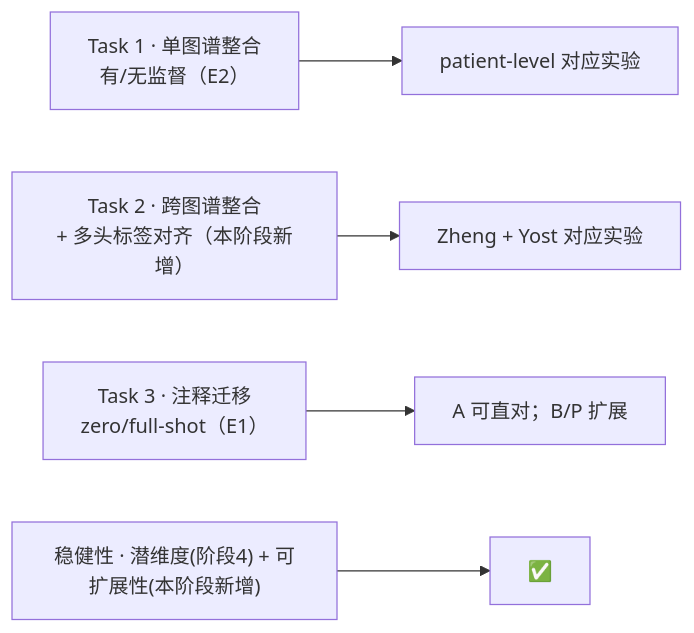
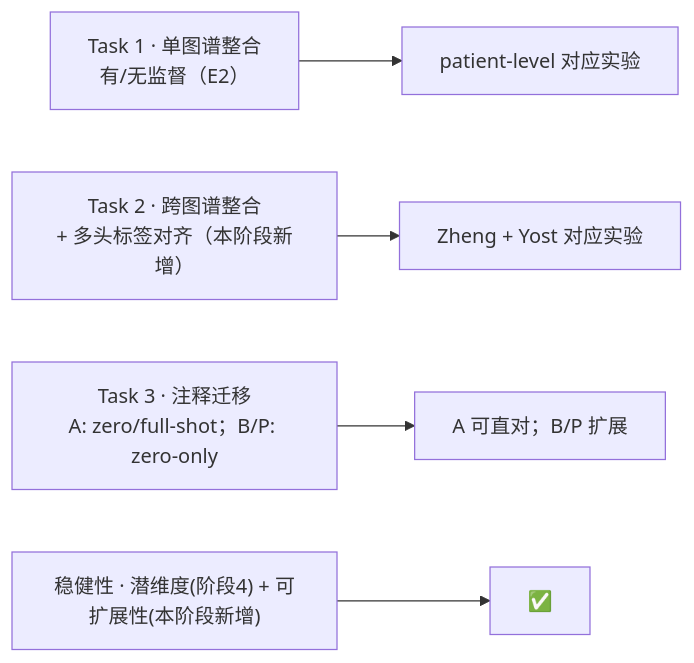
Before and after one commit to HEIMA-programmer/bio: the diagram in reports/phase5_deeper_validation.md, drawn with Mermaid. The commit also changed other lines of this file and 49 other files, not shown here.

````diff
--- a/reports/phase5_deeper_validation.md
+++ b/reports/phase5_deeper_validation.md
@@ -14,7 +14,7 @@
 ```mermaid
 flowchart LR
     T1["Task 1 · 单图谱整合<br/>有/无监督（E2）"] --> OK1["patient-level 对应实验"]
     T2["Task 2 · 跨图谱整合<br/>+ 多头标签对齐（本阶段新增）"] --> OK2["Zheng + Yost 对应实验"]
-    T3["Task 3 · 注释迁移<br/>zero/full-shot（E1）"] --> OK3["A 可直对；B/P 扩展"]
+    T3["Task 3 · 注释迁移<br/>A: zero/full-shot；B/P: zero-only"] --> OK3["A 可直对；B/P 扩展"]
     R["稳健性 · 潜维度(阶段4) + 可扩展性(本阶段新增)"] --> OK4["✅"]
 ```
````
